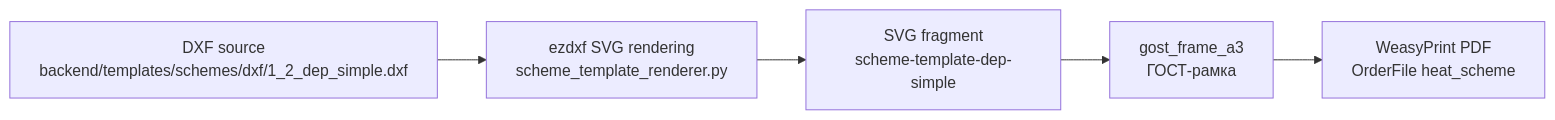
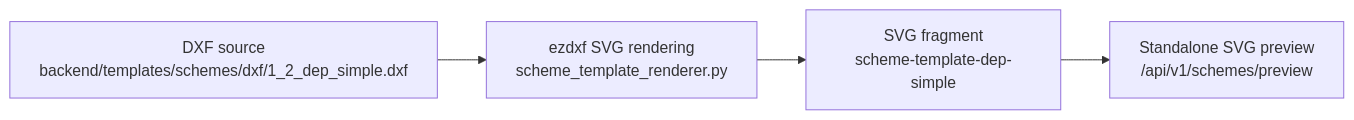
The second of 4 diagrams in docs/project.md (Sergtsk45/AutoprojectUUTE), drawn with Mermaid before and after one commit. The commit also changed other lines of this file and 10 other files, not shown here.

First line of the commit message:
feat(scheme): make client configurator preview-only

````diff
--- a/docs/project.md
+++ b/docs/project.md
@@ -42,10 +42,9 @@
 ```mermaid
 flowchart LR
   DXF[DXF source<br/>backend/templates/schemes/dxf/1_2_dep_simple.dxf]
   EZ[ezdxf SVG rendering<br/>scheme_template_renderer.py]
   SVG[SVG fragment<br/>scheme-template-dep-simple]
-  FRAME[gost_frame_a3<br/>ГОСТ-рамка]
-  PDF[WeasyPrint PDF<br/>OrderFile heat_scheme]
+  PREVIEW[Standalone SVG preview<br/>/api/v1/schemes/preview]
 
-  DXF --> EZ --> SVG --> FRAME --> PDF
+  DXF --> EZ --> SVG --> PREVIEW
 ```
````
